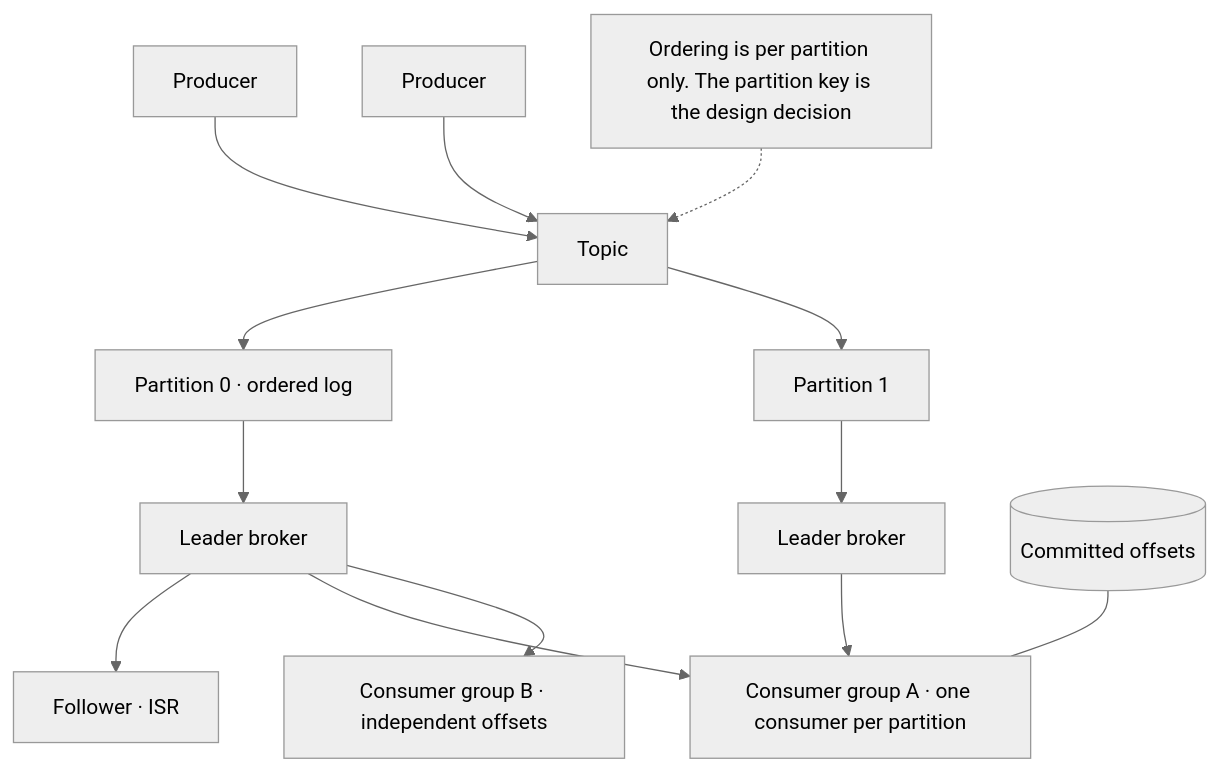
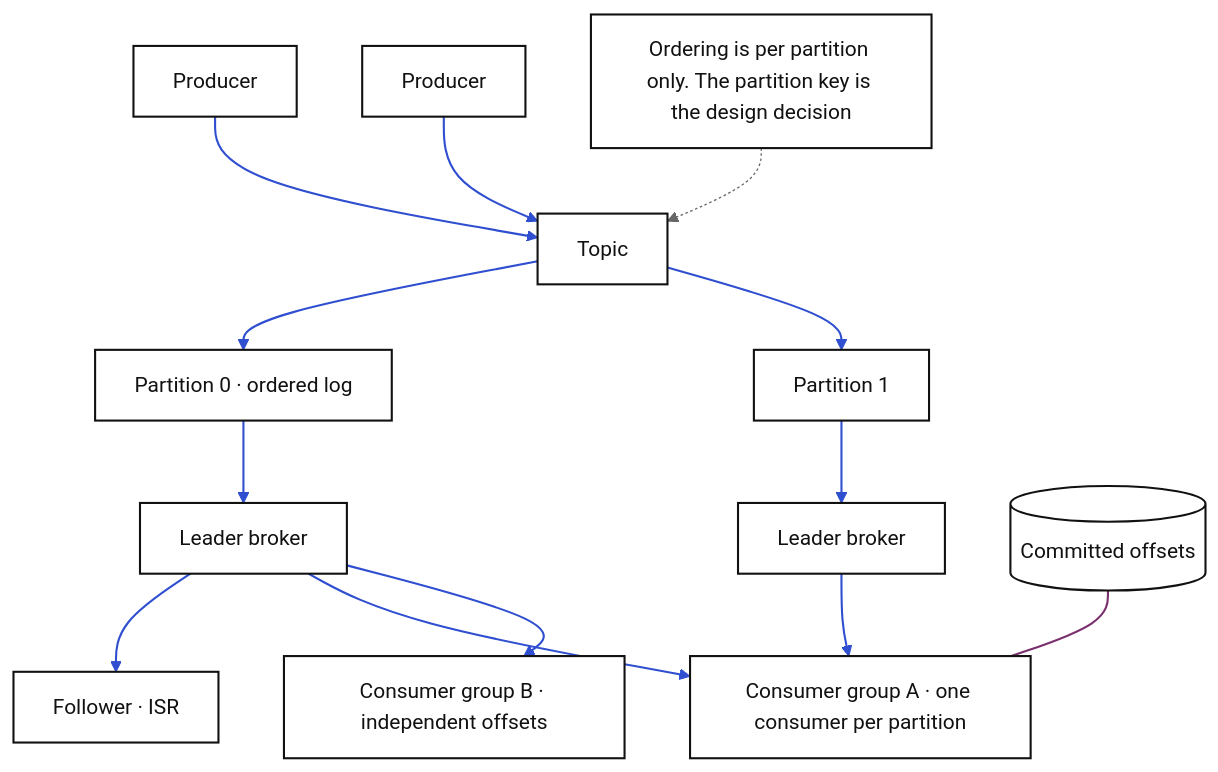
One commit to kkanakka/kkanakka.github.io changed the diagram in diagrams-src/db-analytics/architecture.mmd. Above: the diagram before and after it, drawn with Mermaid (neutral theme). The commit also changed 115 other files, not shown here.

First line of the commit message:
Restyle architecture diagrams: black on white, blue sync, purple async

```diff
--- a/diagrams-src/db-analytics/architecture.mmd
+++ b/diagrams-src/db-analytics/architecture.mmd
@@ -1,15 +1,20 @@
 %% section: Kafka
 %% caption: Kafka's shape
 flowchart TB
     P1["Producer"] --> T["Topic"]
     P2["Producer"] --> T
     T --> PA["Partition 0 · ordered log"]
     T --> PB["Partition 1"]
     PA --> LA["Leader broker"]
     LA --> FA["Follower · ISR"]
     PB --> LB2["Leader broker"]
     LA --> CG1["Consumer group A · one consumer per partition"]
     LB2 --> CG1
     LA --> CG2["Consumer group B · independent offsets"]
     OFF[("Committed offsets")] --- CG1
     NOTE["Ordering is per partition only. The partition key is the design decision"] -.-> T
+%% --- style (generated by scripts/style-flowcharts.js) ---
+    classDef n fill:#ffffff,stroke:#111111,stroke-width:1.6px,color:#111111;
+    class OFF,P1,T,P2,PA,PB,LA,FA,LB2,CG1,CG2,NOTE n;
+    linkStyle 0,1,2,3,4,5,6,7,8,9 stroke:#2f4fd0,stroke-width:1.6px;
+    linkStyle 10 stroke:#7a2f6d,stroke-width:1.6px;
```
